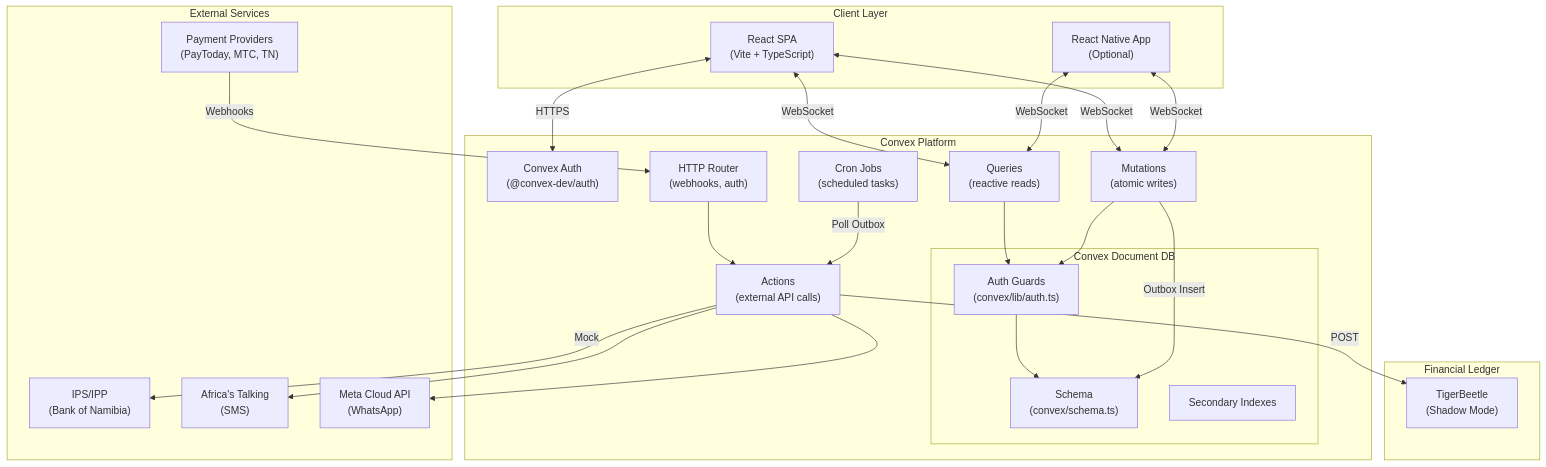
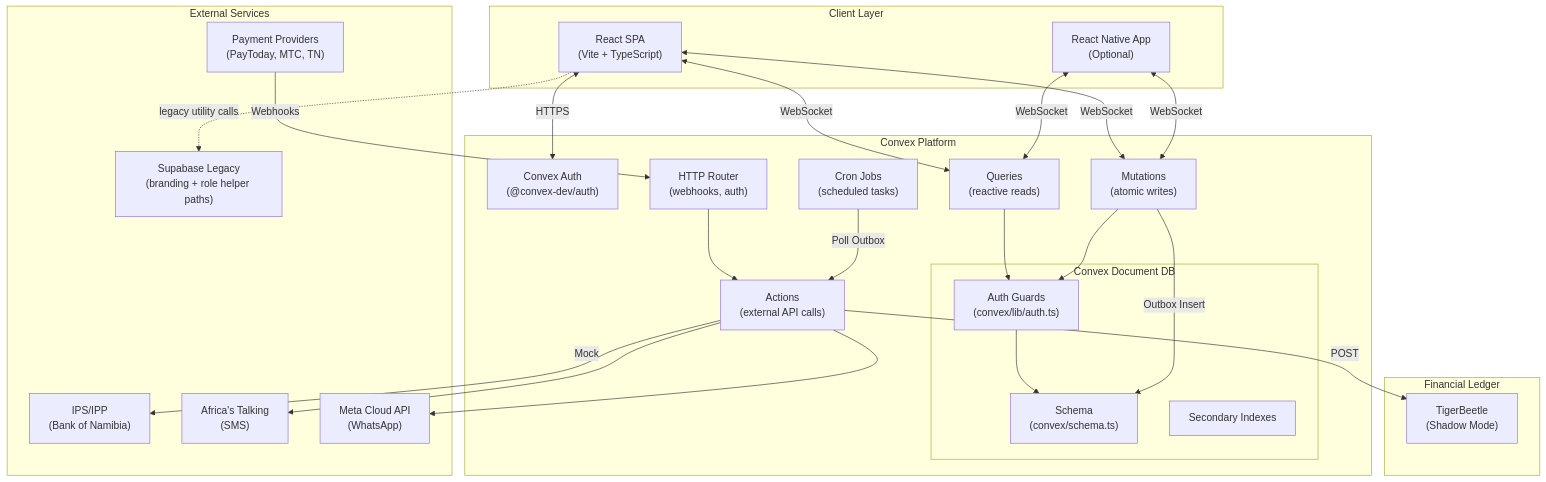
One commit to DKTony/namlend-trust-portal-v220 changed the first of 6 diagrams in docs/ARCHITECTURE.md. Above: the diagram before and after it, drawn with Mermaid. The commit also changed other lines of this file and 103 other files, not shown here.

````diff
--- a/docs/ARCHITECTURE.md
+++ b/docs/ARCHITECTURE.md
@@ -67,53 +68,55 @@
 ```mermaid
 flowchart TB
     subgraph Client["Client Layer"]
         WebApp["React SPA<br/>(Vite + TypeScript)"]
         MobileApp["React Native App<br/>(Optional)"]
     end
 
     subgraph Convex["Convex Platform"]
         ConvexAuth["Convex Auth<br/>(@convex-dev/auth)"]
         Queries["Queries<br/>(reactive reads)"]
         Mutations["Mutations<br/>(atomic writes)"]
         Actions["Actions<br/>(external API calls)"]
         Crons["Cron Jobs<br/>(scheduled tasks)"]
         HttpRouter["HTTP Router<br/>(webhooks, auth)"]
 
         subgraph Database["Convex Document DB"]
             Schema["Schema<br/>(convex/schema.ts)"]
             Guards["Auth Guards<br/>(convex/lib/auth.ts)"]
             Indexes["Secondary Indexes"]
         end
     end
 
     subgraph External["External Services"]
         IPS["IPS/IPP<br/>(Bank of Namibia)"]
         SMS["Africa's Talking<br/>(SMS)"]
         WhatsApp["Meta Cloud API<br/>(WhatsApp)"]
         PayProviders["Payment Providers<br/>(PayToday, MTC, TN)"]
+        SupabaseLegacy["Supabase Legacy<br/>(branding + role helper paths)"]
     end
 
     subgraph Ledger["Financial Ledger"]
         TigerBeetle["TigerBeetle<br/>(Shadow Mode)"]
     end
 
     WebApp <-->|WebSocket| Queries
     WebApp <-->|WebSocket| Mutations
     WebApp <-->|HTTPS| ConvexAuth
     MobileApp <-->|WebSocket| Queries
     MobileApp <-->|WebSocket| Mutations
 
     Queries --> Guards
     Mutations --> Guards
     Guards --> Schema
 
     Actions -->|Mock| IPS
     Actions --> SMS
     Actions --> WhatsApp
+    WebApp -.->|legacy utility calls| SupabaseLegacy
     PayProviders -->|Webhooks| HttpRouter
     HttpRouter --> Actions
 
     Mutations -->|Outbox Insert| Schema
     Crons -->|Poll Outbox| Actions
     Actions -->|POST| TigerBeetle
 ```
````
